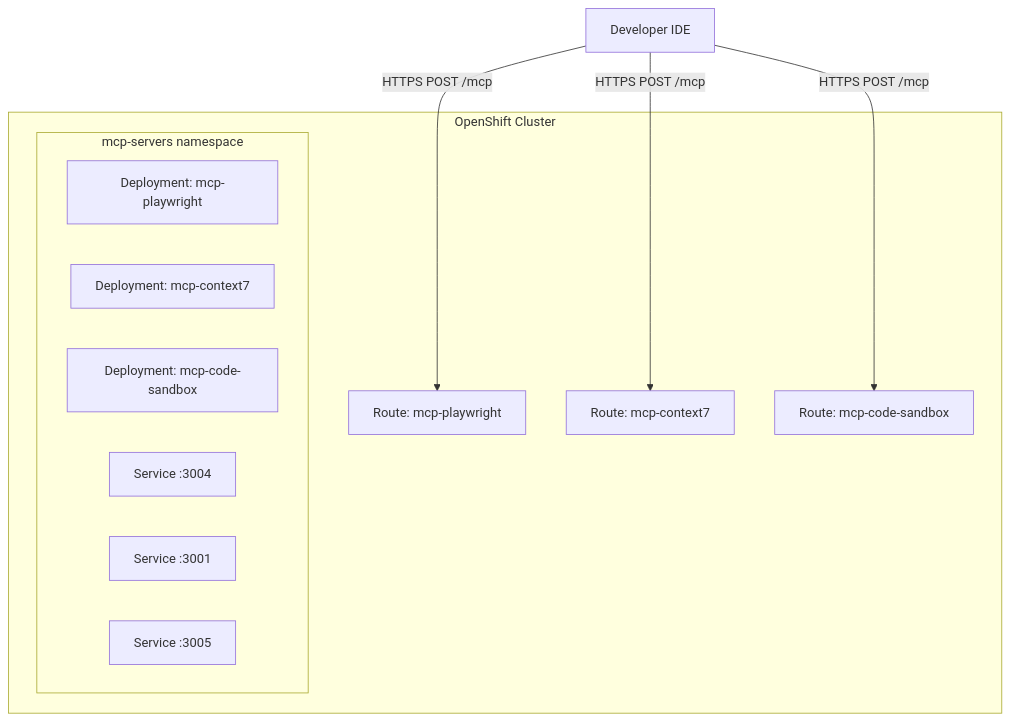
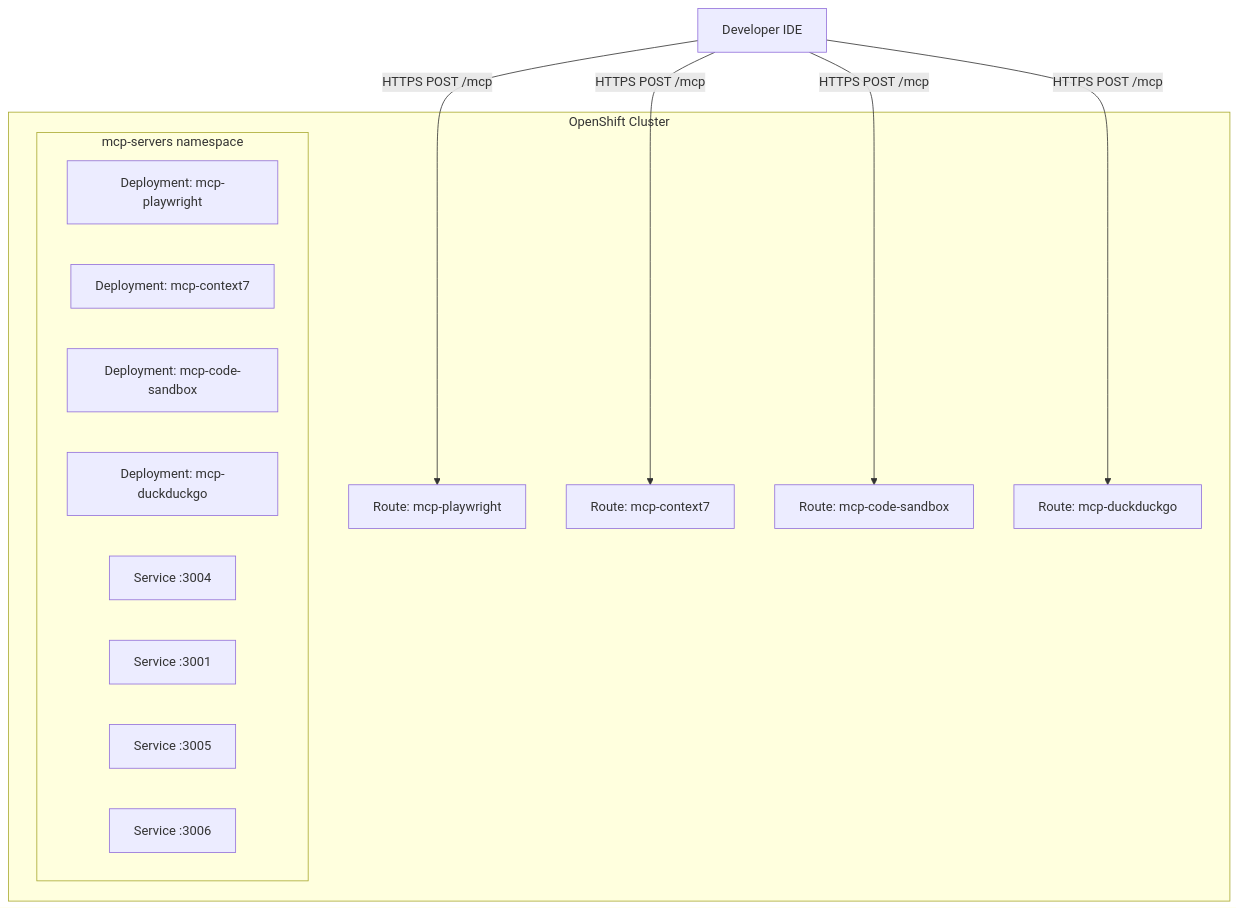
Before and after one commit to hyogrin/rhoai-coding-assistant-lab: the second of 2 diagrams in 1_mcp_servers/1_mcp_overview.md, drawn with Mermaid. The commit also changed other lines of this file and 8 other files, not shown here.

````diff
--- a/1_mcp_servers/1_mcp_overview.md
+++ b/1_mcp_servers/1_mcp_overview.md
@@ -60,22 +61,26 @@
 ```mermaid
 flowchart TB
     subgraph "OpenShift Cluster"
         subgraph "mcp-servers namespace"
             D1[Deployment: mcp-playwright]
             D2[Deployment: mcp-context7]
             D3[Deployment: mcp-code-sandbox]
+            D4[Deployment: mcp-duckduckgo]
 
             S1[Service :3004]
             S2[Service :3001]
             S3[Service :3005]
+            S4[Service :3006]
         end
 
         R1[Route: mcp-playwright]
         R2[Route: mcp-context7]
         R3[Route: mcp-code-sandbox]
+        R4[Route: mcp-duckduckgo]
     end
 
     IDE[Developer IDE] -->|HTTPS POST /mcp| R1
     IDE -->|HTTPS POST /mcp| R2
     IDE -->|HTTPS POST /mcp| R3
+    IDE -->|HTTPS POST /mcp| R4
 ```
````
